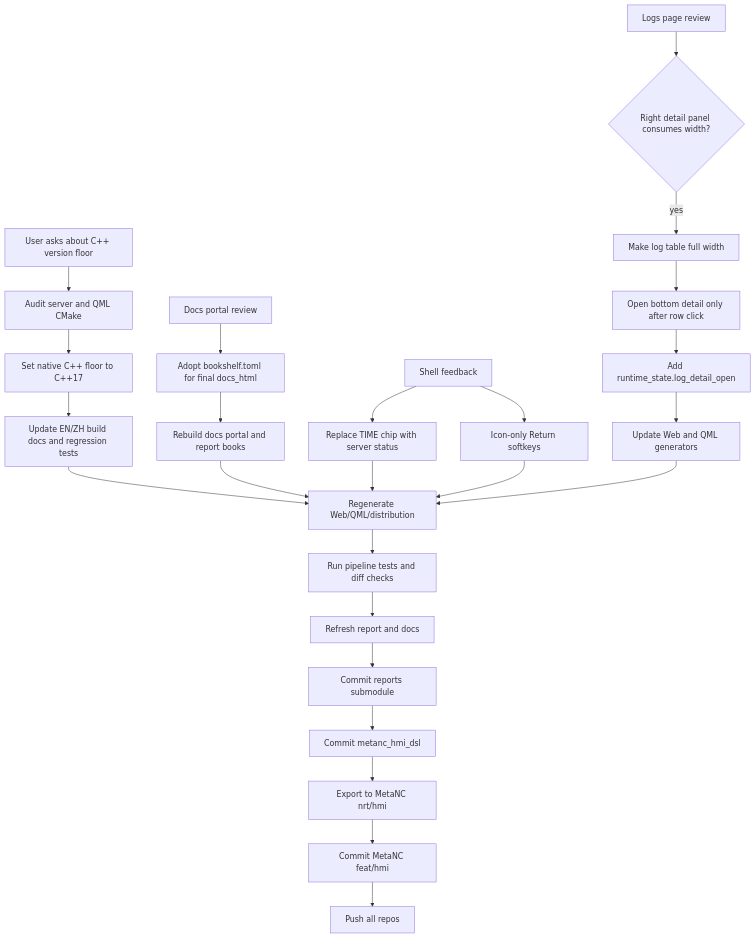
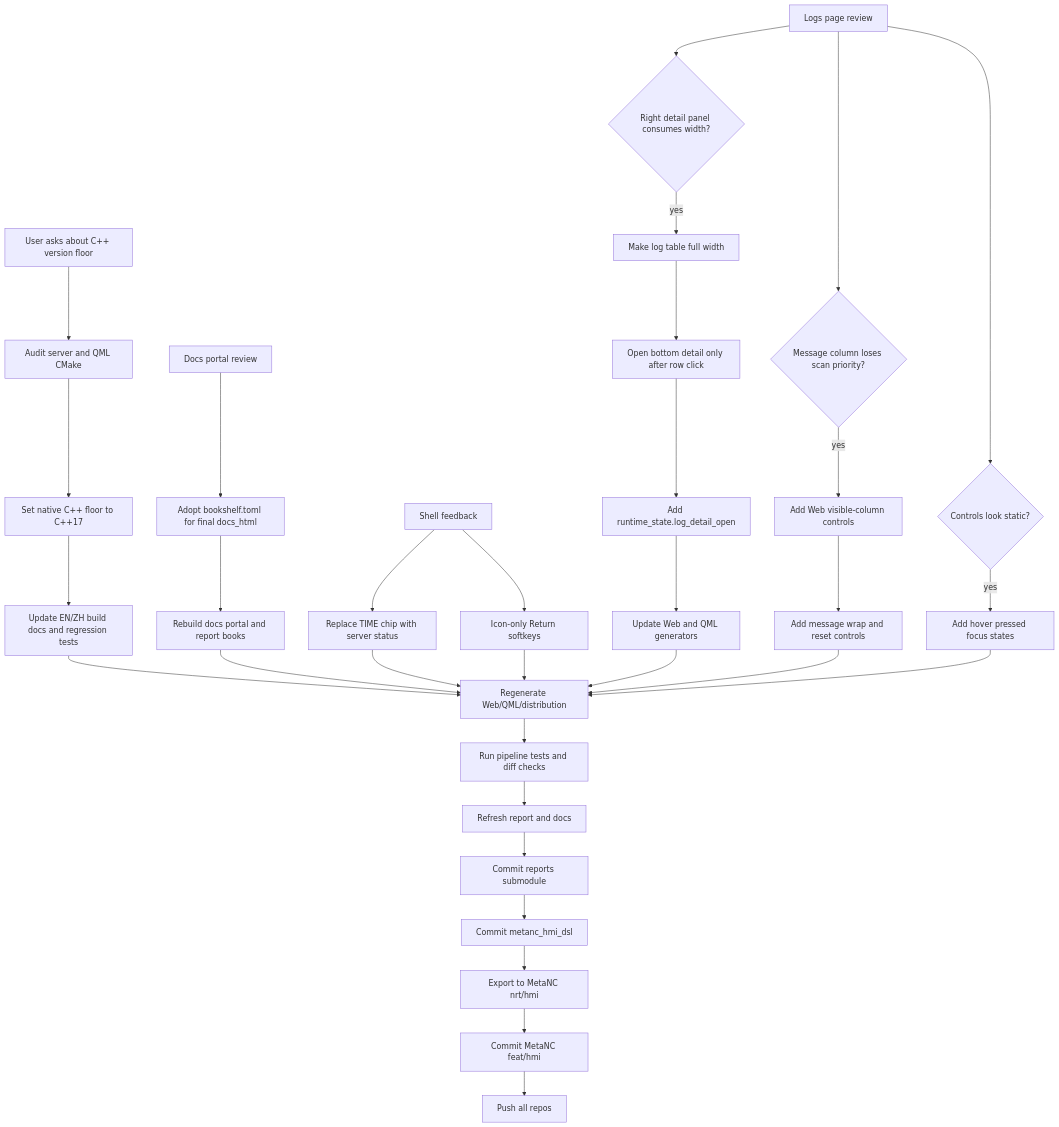
The diagram in 2026-05-06-codex-session/workflow-diagram.md (luppiterw/metanc_hmi_dsl_reports), drawn with Mermaid before and after one commit. The commit also changed other lines of this file and 16 other files, not shown here.

````diff
--- a/2026-05-06-codex-session/workflow-diagram.md
+++ b/2026-05-06-codex-session/workflow-diagram.md
@@ -3,31 +3,38 @@
 ```mermaid
 flowchart TD
     A[User asks about C++ version floor] --> B[Audit server and QML CMake]
     B --> C[Set native C++ floor to C++17]
     C --> D[Update EN/ZH build docs and regression tests]
 
     E[Docs portal review] --> F[Adopt bookshelf.toml for final docs_html]
     F --> G[Rebuild docs portal and report books]
 
     H[Shell feedback] --> I[Replace TIME chip with server status]
     H --> J[Icon-only Return softkeys]
 
     K[Logs page review] --> L{Right detail panel consumes width?}
     L -->|yes| M[Make log table full width]
     M --> N[Open bottom detail only after row click]
     N --> O[Add runtime_state.log_detail_open]
     O --> P[Update Web and QML generators]
+    K --> K1{Message column loses scan priority?}
+    K1 -->|yes| K2[Add Web visible-column controls]
+    K2 --> K3[Add message wrap and reset controls]
+    K --> K4{Controls look static?}
+    K4 -->|yes| K5[Add hover pressed focus states]
 
     D --> Q[Regenerate Web/QML/distribution]
     G --> Q
     I --> Q
     J --> Q
     P --> Q
+    K3 --> Q
+    K5 --> Q
     Q --> R[Run pipeline tests and diff checks]
     R --> S[Refresh report and docs]
     S --> T[Commit reports submodule]
     T --> U[Commit metanc_hmi_dsl]
     U --> V[Export to MetaNC nrt/hmi]
     V --> W[Commit MetaNC feat/hmi]
     W --> X[Push all repos]
 ```
````
